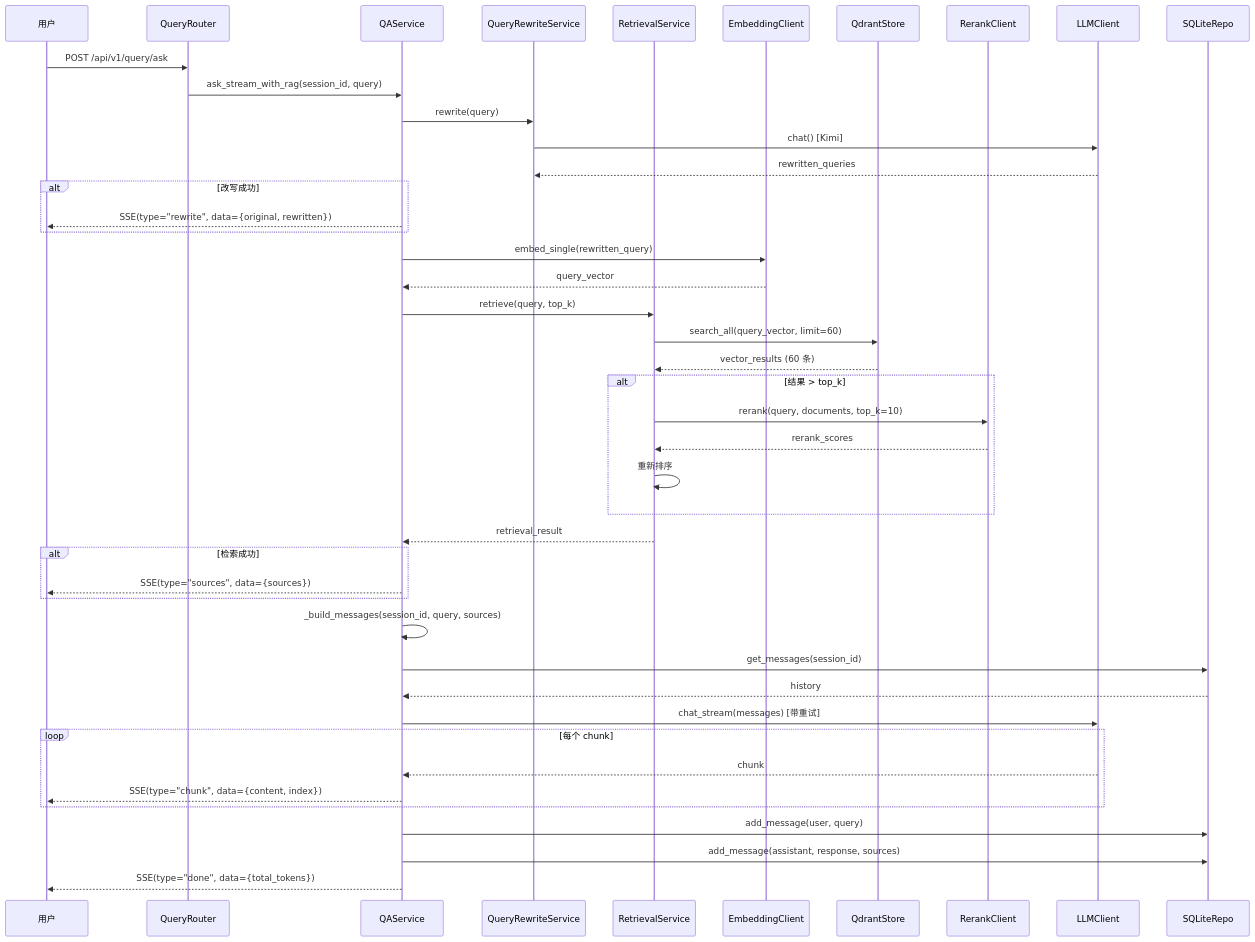
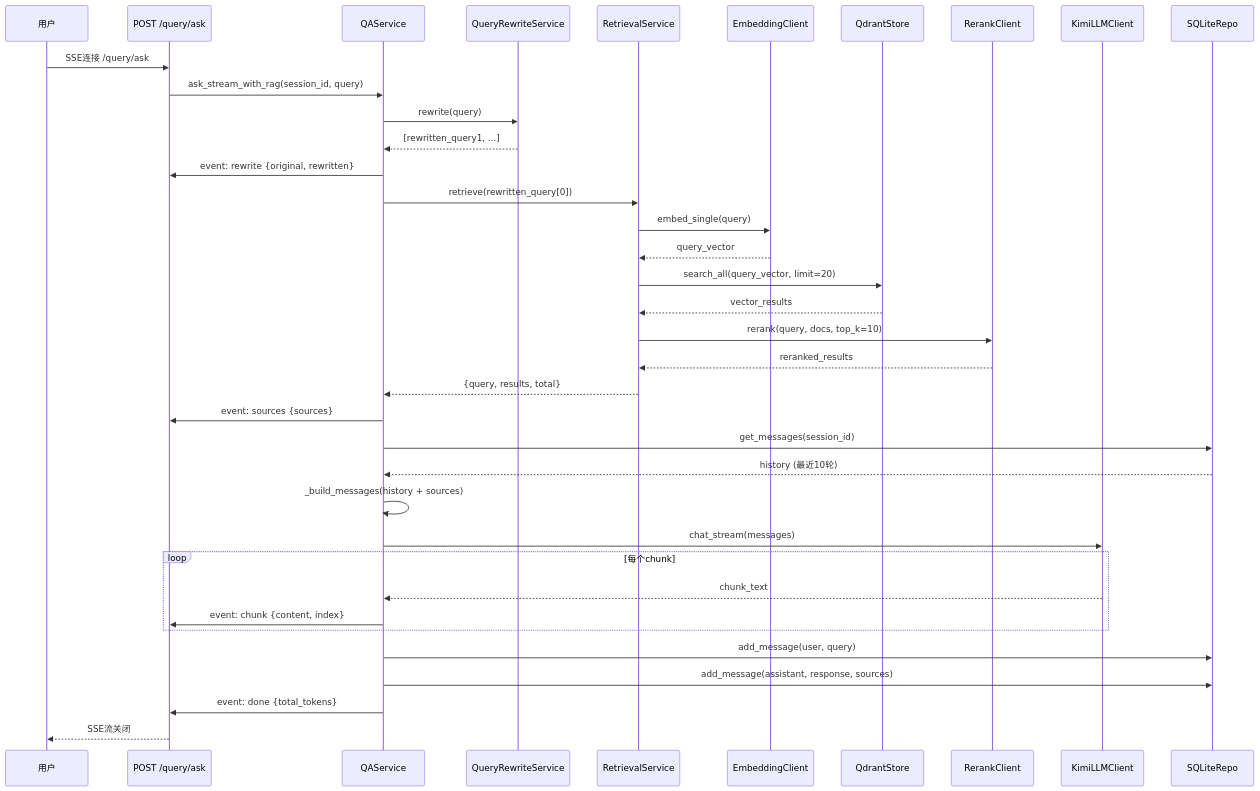
One commit to ornman/Paper-Agentic changed the fourth of 6 diagrams in docs/Decision-Snapshot/2-动态行为/2.1-核心业务时序.md. Above: the diagram before and after it, drawn with Mermaid. The commit also changed other lines of this file and 30 other files, not shown here.

````diff
--- a/docs/Decision-Snapshot/2-动态行为/2.1-核心业务时序.md
+++ b/docs/Decision-Snapshot/2-动态行为/2.1-核心业务时序.md
@@ -143,58 +151,52 @@
 ```mermaid
 sequenceDiagram
     participant User as 用户
-    participant API as QueryRouter
-    participant QA as QAService
-    participant Rewrite as QueryRewriteService
-    participant Retrieval as RetrievalService
+    participant API as POST /query/ask
+    participant QASvc as QAService
+    participant RewriteSvc as QueryRewriteService
+    participant RetSvc as RetrievalService
     participant Embed as EmbeddingClient
     participant Qdrant as QdrantStore
     participant Rerank as RerankClient
-    participant LLM as LLMClient
-    participant DB as SQLiteRepo
+    participant LLM as KimiLLMClient
+    participant SQLite as SQLiteRepo
 
-    User->>API: POST /api/v1/query/ask
-    API->>QA: ask_stream_with_rag(session_id, query)
+    User->>API: SSE连接 /query/ask
+    API->>QASvc: ask_stream_with_rag(session_id, query)
 
-    QA->>Rewrite: rewrite(query)
-    Rewrite->>LLM: chat() [Kimi]
-    LLM-->>Rewrite: rewritten_queries
+    %% 1. Query改写
+    QASvc->>RewriteSvc: rewrite(query)
+    RewriteSvc-->>QASvc: [rewritten_query1, ...]
+    QASvc->>API: event: rewrite {original, rewritten}
 
-    alt 改写成功
-        QA-->>User: SSE(type="rewrite", data={original, rewritten})
+    %% 2. RAG检索
+    QASvc->>RetSvc: retrieve(rewritten_query[0])
+    RetSvc->>Embed: embed_single(query)
+    Embed-->>RetSvc: query_vector
+    RetSvc->>Qdrant: search_all(query_vector, limit=20)
+    Qdrant-->>RetSvc: vector_results
+    RetSvc->>Rerank: rerank(query, docs, top_k=10)
+    Rerank-->>RetSvc: reranked_results
+    RetSvc-->>QASvc: {query, results, total}
+
+    QASvc->>API: event: sources {sources}
+
+    %% 3. 构建消息
+    QASvc->>SQLite: get_messages(session_id)
+    SQLite-->>QASvc: history (最近10轮)
+    QASvc->>QASvc: _build_messages(history + sources)
+
+    %% 4. LLM流式生成
+    QASvc->>LLM: chat_stream(messages)
+    loop 每个chunk
+        LLM-->>QASvc: chunk_text
+        QASvc->>API: event: chunk {content, index}
     end
 
-    QA->>Embed: embed_single(rewritten_query)
-    Embed-->>QA: query_vector
+    %% 5. 保存消息
+    QASvc->>SQLite: add_message(user, query)
+    QASvc->>SQLite: add_message(assistant, response, sources)
 
-    QA->>Retrieval: retrieve(query, top_k)
-    Retrieval->>Qdrant: search_all(query_vector, limit=60)
-    Qdrant-->>Retrieval: vector_results (60 条)
-
-    alt 结果 > top_k
-        Retrieval->>Rerank: rerank(query, documents, top_k=10)
-        Rerank-->>Retrieval: rerank_scores
-        Retrieval->>Retrieval: 重新排序
-    end
-
-    Retrieval-->>QA: retrieval_result
-
-    alt 检索成功
-        QA-->>User: SSE(type="sources", data={sources})
-    end
-
-    QA->>QA: _build_messages(session_id, query, sources)
-    QA->>DB: get_messages(session_id)
-    DB-->>QA: history
-
-    QA->>LLM: chat_stream(messages) [带重试]
-    loop 每个 chunk
-        LLM-->>QA: chunk
-        QA-->>User: SSE(type="chunk", data={content, index})
-    end
-
-    QA->>DB: add_message(user, query)
-    QA->>DB: add_message(assistant, response, sources)
-
-    QA-->>User: SSE(type="done", data={total_tokens})
+    QASvc->>API: event: done {total_tokens}
+    API-->>User: SSE流关闭
 ```
````
